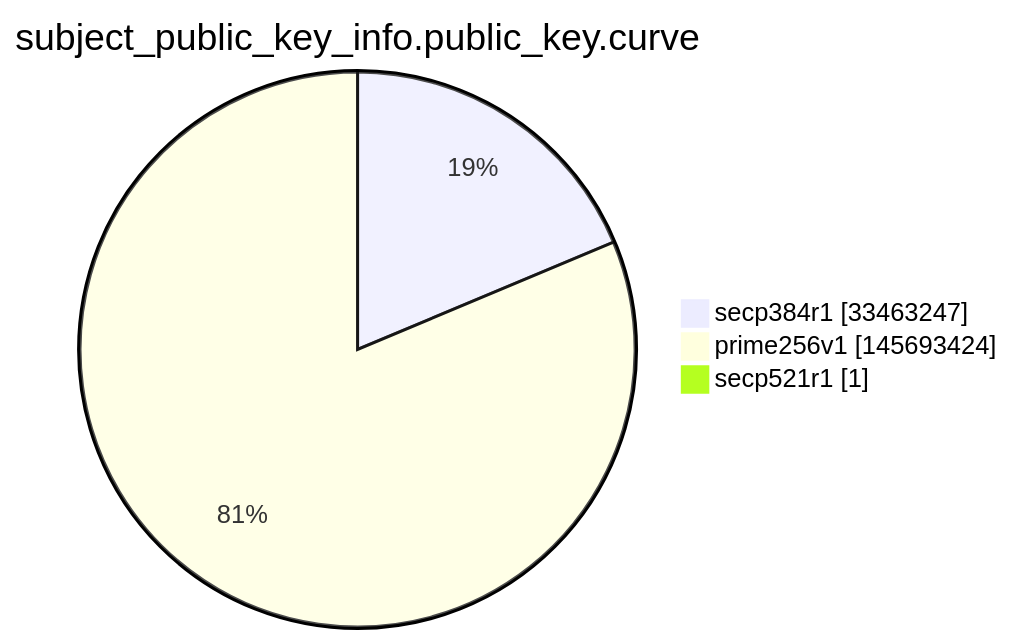
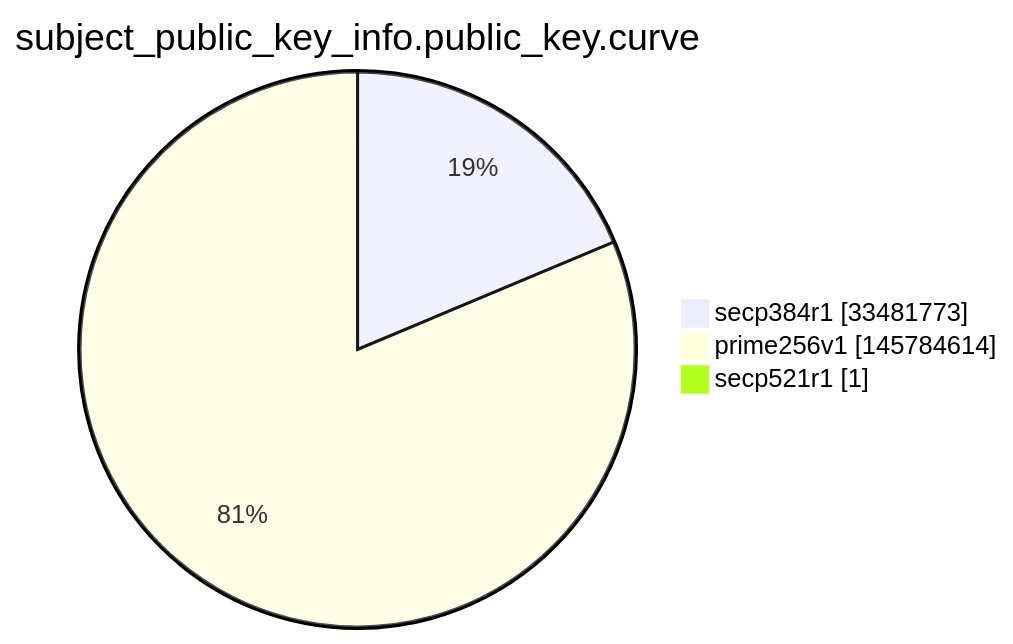
Before and after one commit to christiankrug/ctmonitor_visualization: the ninth of 15 diagrams in argon2022/README.md, drawn with Mermaid. The commit also changed other lines of this file, not shown here.

````diff
--- a/argon2022/README.md
+++ b/argon2022/README.md
@@ -2764,7 +2764,7 @@
 ```mermaid
 pie showData
 title subject_public_key_info.public_key.curve
-"secp384r1" :33463247
-"prime256v1" :145693424
+"secp384r1" :33481773
+"prime256v1" :145784614
 "secp521r1" :1
 ```
````
